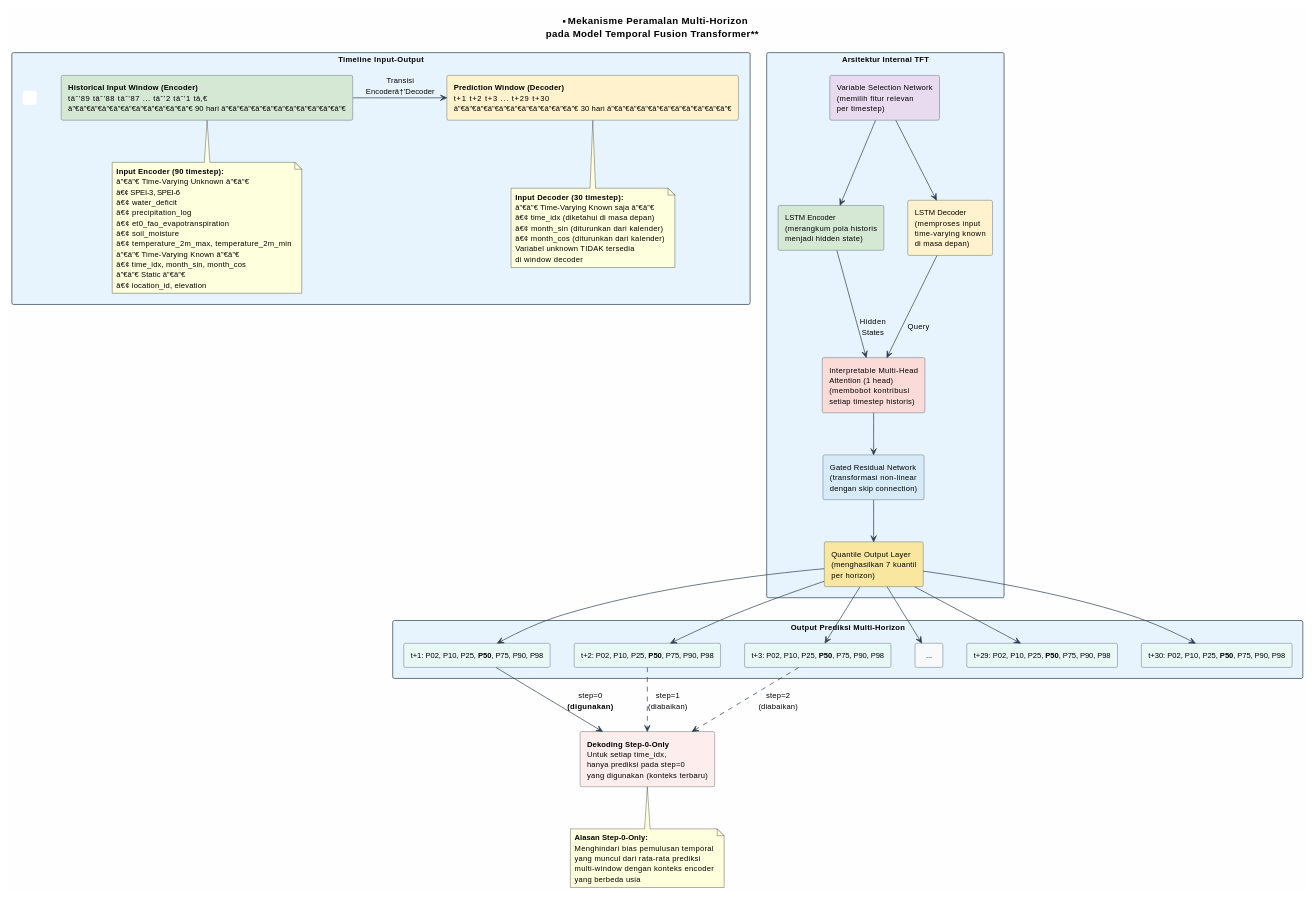
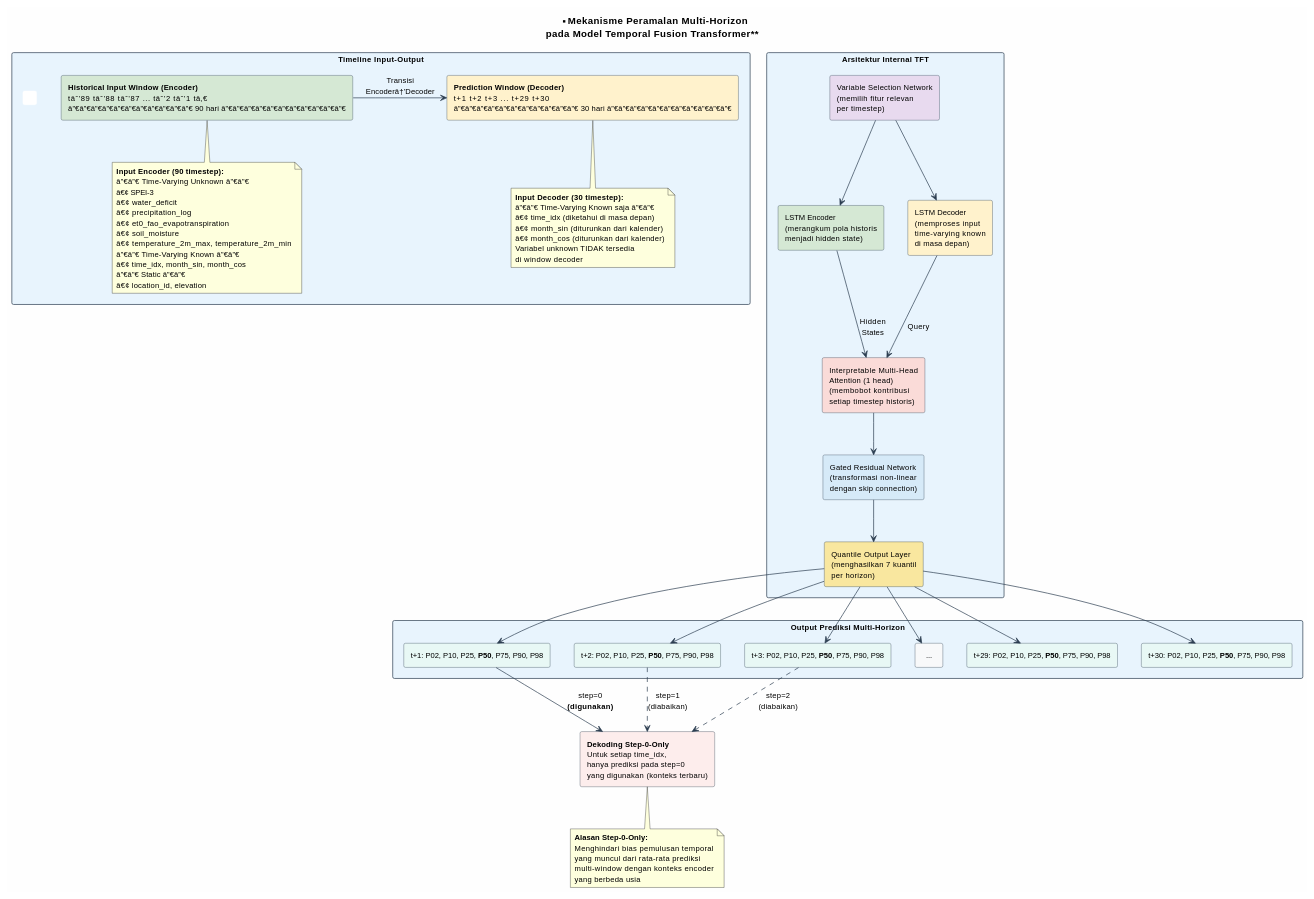
The third of 5 diagrams in docs/diagram_dan_tabel_penelitian.md (Vanszs/Skripsi_Nopal_SPEI), drawn with PlantUML before and after one commit. The commit also changed other lines of this file and 39 other files, not shown here.

```diff
--- a/docs/diagram_dan_tabel_penelitian.md
+++ b/docs/diagram_dan_tabel_penelitian.md
@@ -279,7 +278,7 @@
   note bottom of encoder
     **Input Encoder (90 timestep):**
     â”€â”€ Time-Varying Unknown â”€â”€
-    â€¢ SPEI-3, SPEI-6
+    â€¢ SPEI-3
     â€¢ water_deficit
     â€¢ precipitation_log
     â€¢ et0_fao_evapotranspiration
```
